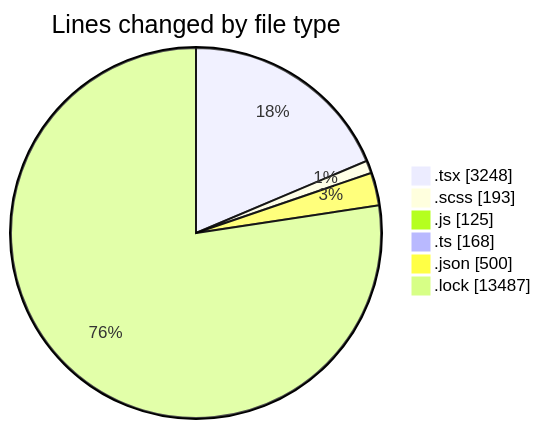
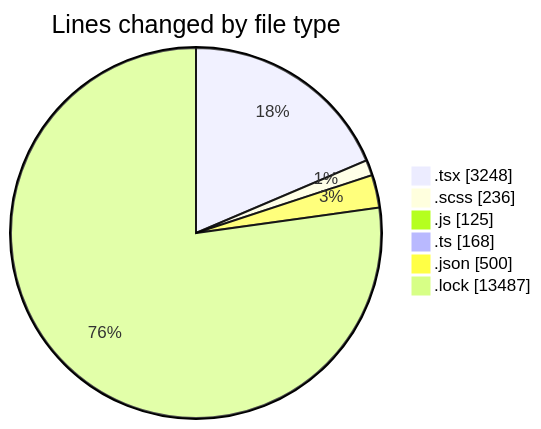
The first of 2 diagrams in 2026-04-24/cda/README.md (momahboobian/code-tracking), drawn with Mermaid before and after one commit. The commit also changed other lines of this file and 1 other file, not shown here.

````diff
--- a/2026-04-24/cda/README.md
+++ b/2026-04-24/cda/README.md
@@ -45,10 +45,10 @@
 ```mermaid
 pie showData
 title Lines changed by file type
 ".tsx" : 3248
-".scss" : 193
+".scss" : 236
 ".js" : 125
 ".ts" : 168
 ".json" : 500
 ".lock" : 13487
 ```
````
